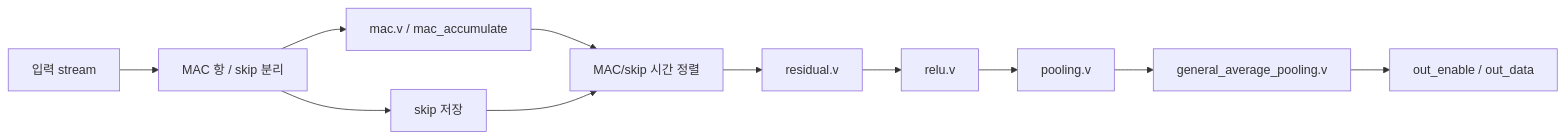
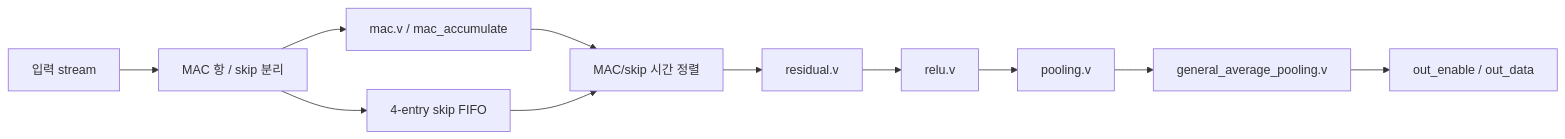
One commit to CGM72/resnet20-core-rtl changed the diagram in docs/architecture.md. Above: the diagram before and after it, drawn with Mermaid. The commit also changed other lines of this file and 12 other files, not shown here.

````diff
--- a/docs/architecture.md
+++ b/docs/architecture.md
@@ -5,13 +5,13 @@
 ```mermaid
 flowchart LR
     IN[입력 stream] --> SPLIT[MAC 항 / skip 분리]
     SPLIT --> M[mac.v / mac_accumulate]
-    SPLIT --> S[skip 저장]
+    SPLIT --> S[4-entry skip FIFO]
     M --> A[MAC/skip 시간 정렬]
     S --> A
     A --> R[residual.v]
     R --> L[relu.v]
     L --> P[pooling.v]
     P --> G[general_average_pooling.v]
     G --> OUT[out_enable / out_data]
 ```
````
